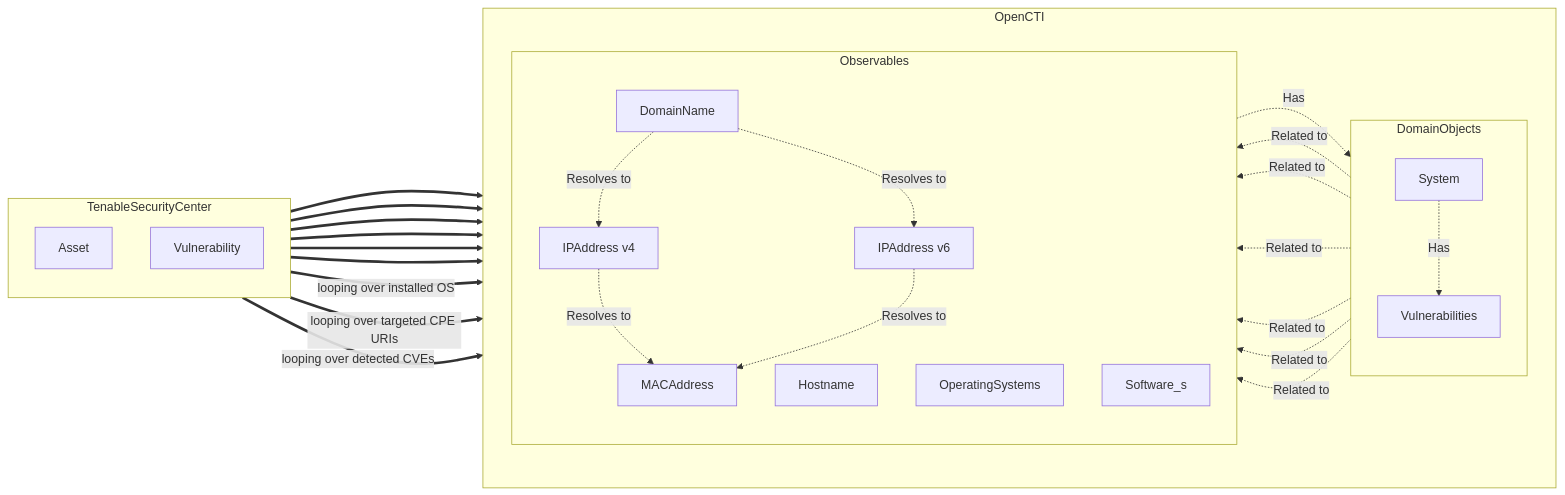
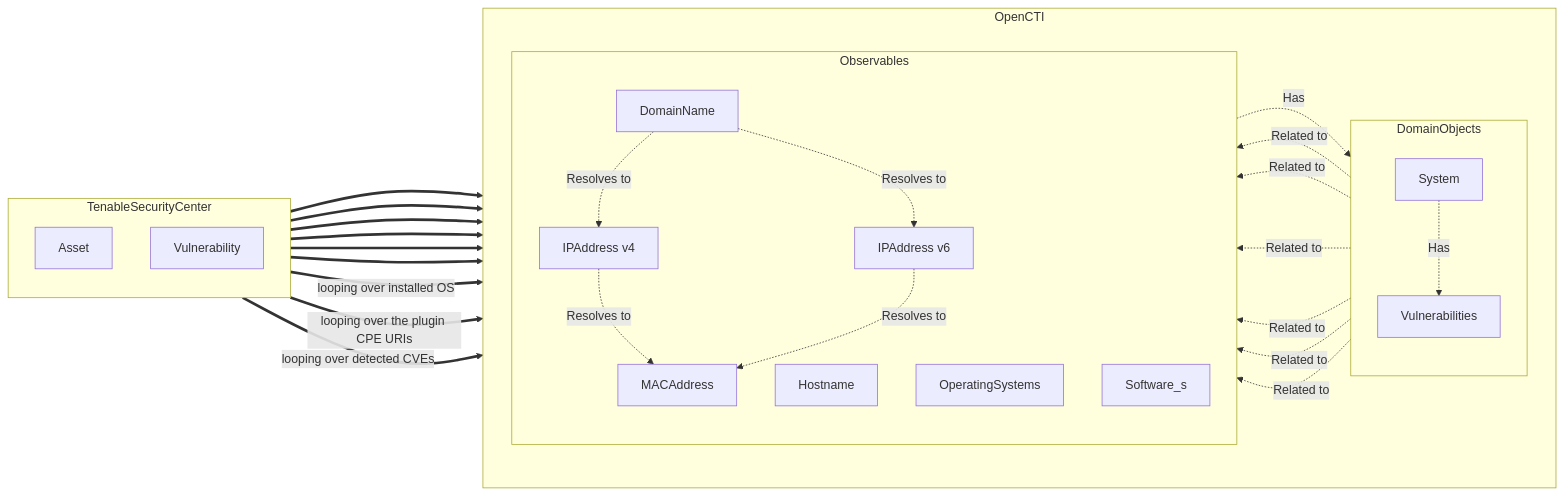
Before and after one commit to OpenCTI-Platform/connectors: the first of 2 diagrams in external-import/tenable-security-center/README.md, drawn with Mermaid. The commit also changed other lines of this file and 7 other files, not shown here.

````diff
--- a/external-import/tenable-security-center/README.md
+++ b/external-import/tenable-security-center/README.md
@@ -116,48 +116,48 @@
 ```mermaid
 
 graph LR
     subgraph TenableSecurityCenter
         direction TB
         TenableHostAsset[Asset]
         TenableVulnerability[Vulnerability]
     end
 
     subgraph OpenCTI
         direction LR
         subgraph DomainObjects
             direction TB
             OpenCTISystem[System]
             OpenCTIVulnerability[Vulnerabilities]
         end
 
         subgraph Observables
             direction TB
             OpenCTIMACAddress[MACAddress]
             OpenCTIPv4Address[IPAddress v4]
             OpenCTIPv6Address[IPAddress v6]
             OpenCTIHostname[Hostname]
             OpenCTIDomainName[DomainName]
             OpenCTIOperatingSystem[OperatingSystems]
             OpenCTISoftware[Software_s]
         end
         %% OpenCTIMACAddress ~~~ OpenCTIPv4Address
     end
 
     %% Asset generates System and Observables
     TenableHostAsset ==> OpenCTISystem & OpenCTIMACAddress & OpenCTIPv4Address & OpenCTIPv6Address & OpenCTIHostname & OpenCTIDomainName
     TenableHostAsset==>|looping over installed OS| OpenCTIOperatingSystem
 
     %% Plugin generates Software and Vulnerability
-    TenableVulnerability ==>|looping over targeted CPE URIs| OpenCTISoftware
+    TenableVulnerability ==>|looping over the plugin CPE URIs| OpenCTISoftware
     TenableVulnerability ==>|looping over detected CVEs| OpenCTIVulnerability
 
     %% Relationships between System and Observables
     OpenCTISystem -.-> |"Related to"| OpenCTIMACAddress & OpenCTIPv4Address & OpenCTIPv6Address & OpenCTIHostname & OpenCTIDomainName & OpenCTIOperatingSystem
     %% Relationships between observables
     OpenCTIDomainName -.->|"Resolves to"| OpenCTIPv4Address & OpenCTIPv6Address -.->|"Resolves to"| OpenCTIMACAddress
     
     %% Relationships between Vulnerabilities and Software
     OpenCTISoftware -.-> |"Has"| OpenCTIVulnerability
     OpenCTISystem -.-> |"Has"| OpenCTIVulnerability
 
 ```
````
